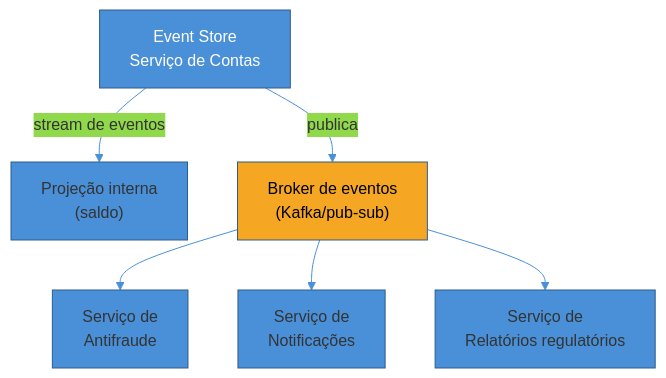
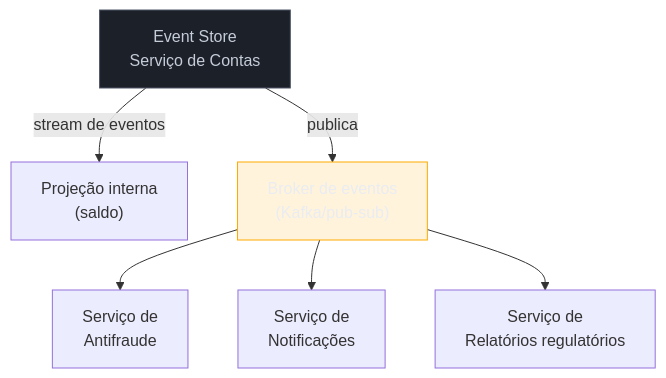
Before and after one commit to josenaldo/codex-technomanticus: the fourth of 4 diagrams in 03-Dominios/Engenharia/Arquitetura/System Design/3 - Padrões recorrentes/03 - Event Sourcing sob a ótica de system design.md, drawn with Mermaid. The commit also changed other lines of this file and 1181 other files, not shown here.

First line of the commit message:
fix(diagramas): paleta do sistema no lugar de cor cravada no markdown

````diff
--- a/03-Dominios/Engenharia/Arquitetura/System Design/3 - Padrões recorrentes/03 - Event Sourcing sob a ótica de system design.md
+++ b/03-Dominios/Engenharia/Arquitetura/System Design/3 - Padrões recorrentes/03 - Event Sourcing sob a ótica de system design.md
@@ -195,12 +194,13 @@
 ```mermaid
-%%{init: {"theme": "base", "themeVariables": {"primaryColor": "#4A90D9", "primaryBorderColor": "#2E5C8A", "lineColor": "#4A90D9"}}}%%
 graph TD
+    classDef neutro fill:#1B2029,stroke:#4E5666,color:#C6CCD8
+    classDef destaque fill:#FFAA0024,stroke:#FFAA00,color:#E9ECF2
     ES["Event Store<br/>Serviço de Contas"] -->|"stream de eventos"| PROJ["Projeção interna<br/>(saldo)"]
     ES -->|"publica"| BUS["Broker de eventos<br/>(Kafka/pub-sub)"]
     BUS --> FRAUD["Serviço de<br/>Antifraude"]
     BUS --> NOTIF["Serviço de<br/>Notificações"]
     BUS --> REPORT["Serviço de<br/>Relatórios regulatórios"]
 
-    style ES fill:#4A90D9,color:#fff
-    style BUS fill:#F5A623,color:#000
+    class ES neutro
+    class BUS destaque
 ```
````
